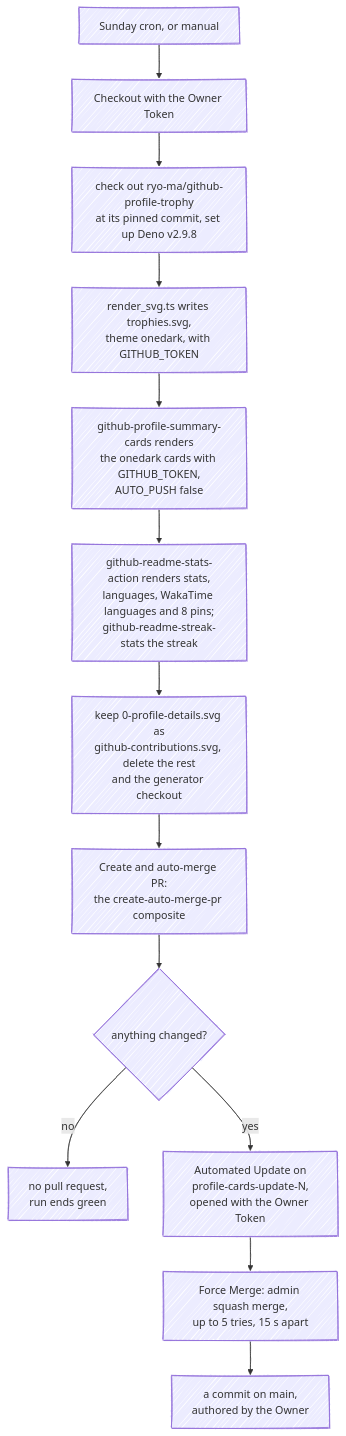
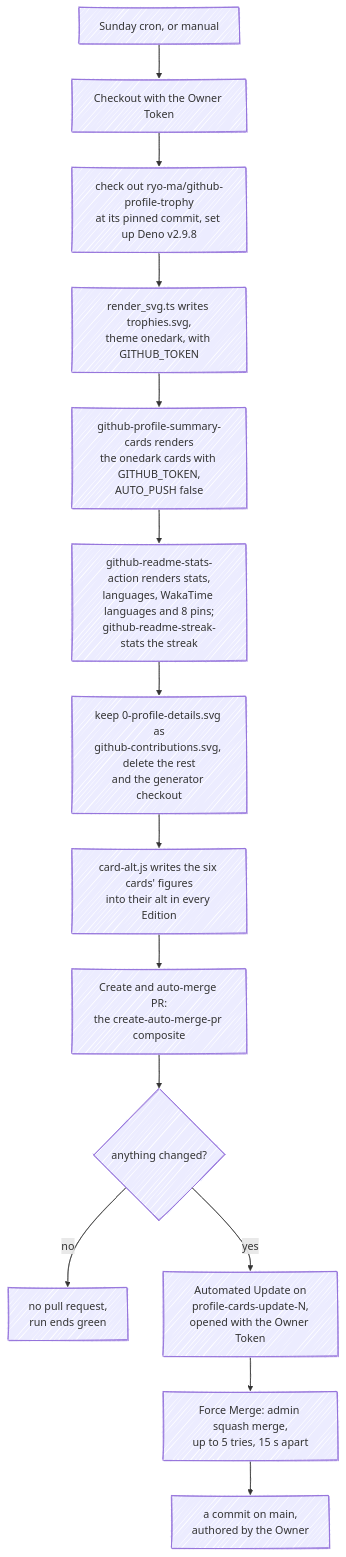
Before and after one commit to fbuireu/fbuireu: the fourth of 10 diagrams in ARCHITECTURE.md, drawn with Mermaid. The commit also changed other lines of this file and 13 other files, not shown here.

First line of the commit message:
fix: say the cards' figures, silence the heading GIF and stop the snake on request

````diff
--- a/ARCHITECTURE.md
+++ b/ARCHITECTURE.md
@@ -195,20 +196,21 @@
 ```mermaid
 ---
 config:
   look: handDrawn
   layout: dagre
 ---
 flowchart TD
     cron["Sunday cron, or manual"] --> checkout["Checkout with the Owner Token"]
     checkout --> gen["check out ryo-ma/github-profile-trophy<br/>at its pinned commit, set up Deno v2.9.8"]
     gen --> trophy["render_svg.ts writes trophies.svg,<br/>theme onedark, with GITHUB_TOKEN"]
     trophy --> summary["github-profile-summary-cards renders<br/>the onedark cards with GITHUB_TOKEN,<br/>AUTO_PUSH false"]
     summary --> grs["github-readme-stats-action renders stats,<br/>languages, WakaTime languages and 8 pins;<br/>github-readme-streak-stats the streak"]
     grs --> keep["keep 0-profile-details.svg as<br/>github-contributions.svg, delete the rest<br/>and the generator checkout"]
-    keep --> composite["Create and auto-merge PR:<br/>the create-auto-merge-pr composite"]
+    keep --> alt["card-alt.js writes the six cards' figures<br/>into their alt in every Edition"]
+    alt --> composite["Create and auto-merge PR:<br/>the create-auto-merge-pr composite"]
     composite --> diff{"anything changed?"}
     diff -->|no| none["no pull request,<br/>run ends green"]
     diff -->|yes| pr["Automated Update on<br/>profile-cards-update-N,<br/>opened with the Owner Token"]
     pr --> merge["Force Merge: admin squash merge,<br/>up to 5 tries, 15 s apart"]
     merge --> main["a commit on main,<br/>authored by the Owner"]
 ```
````
